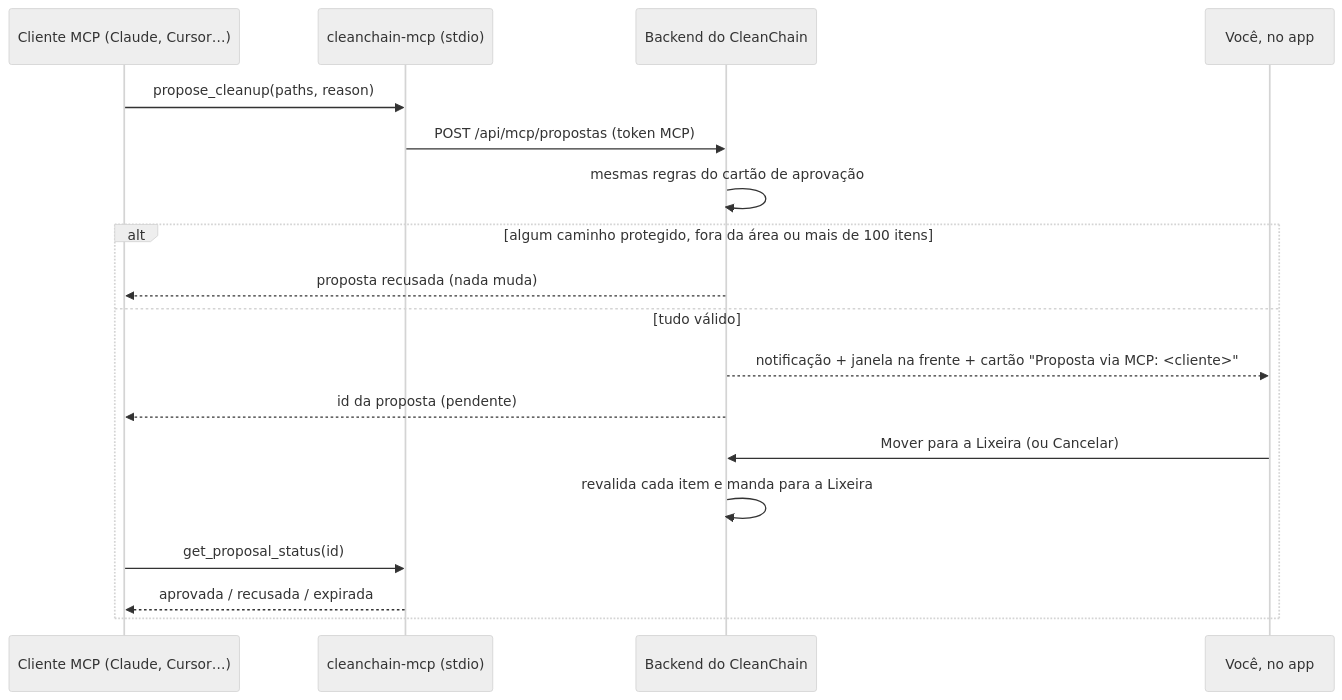
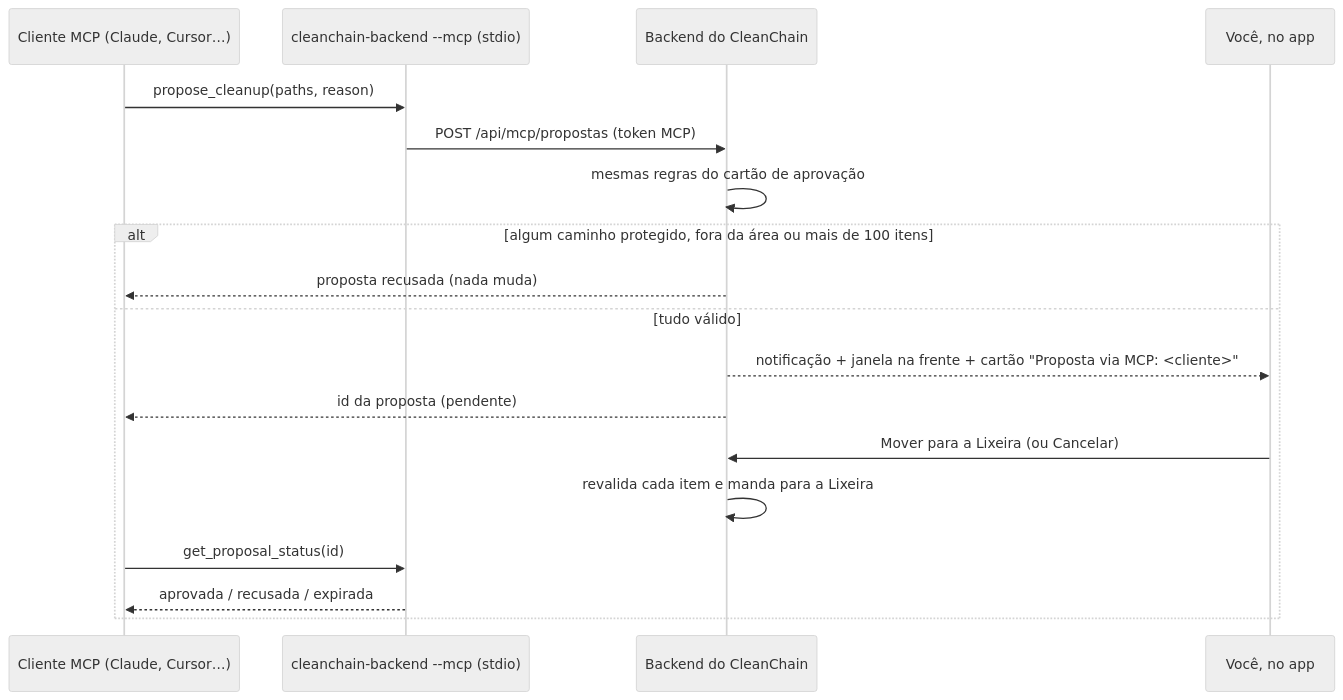
One commit to GuiMRDS/CleanChain changed the first of 2 diagrams in README.md. Above: the diagram before and after it, drawn with Mermaid (neutral theme). The commit also changed other lines of this file and 13 other files, not shown here.

First line of the commit message:
feat: um executável só para backend e servidor MCP (--mcp)

````diff
--- a/README.md
+++ b/README.md
@@ -269,20 +273,20 @@
 ```mermaid
 sequenceDiagram
     participant C as Cliente MCP (Claude, Cursor…)
-    participant M as cleanchain-mcp (stdio)
+    participant M as cleanchain-backend --mcp (stdio)
     participant B as Backend do CleanChain
     participant U as Você, no app
     C->>M: propose_cleanup(paths, reason)
     M->>B: POST /api/mcp/propostas (token MCP)
     B->>B: mesmas regras do cartão de aprovação
     alt algum caminho protegido, fora da área ou mais de 100 itens
         B-->>C: proposta recusada (nada muda)
     else tudo válido
         B-->>U: notificação + janela na frente + cartão "Proposta via MCP: <cliente>"
         B-->>C: id da proposta (pendente)
         U->>B: Mover para a Lixeira (ou Cancelar)
         B->>B: revalida cada item e manda para a Lixeira
         C->>M: get_proposal_status(id)
         M-->>C: aprovada / recusada / expirada
     end
 ```
````
